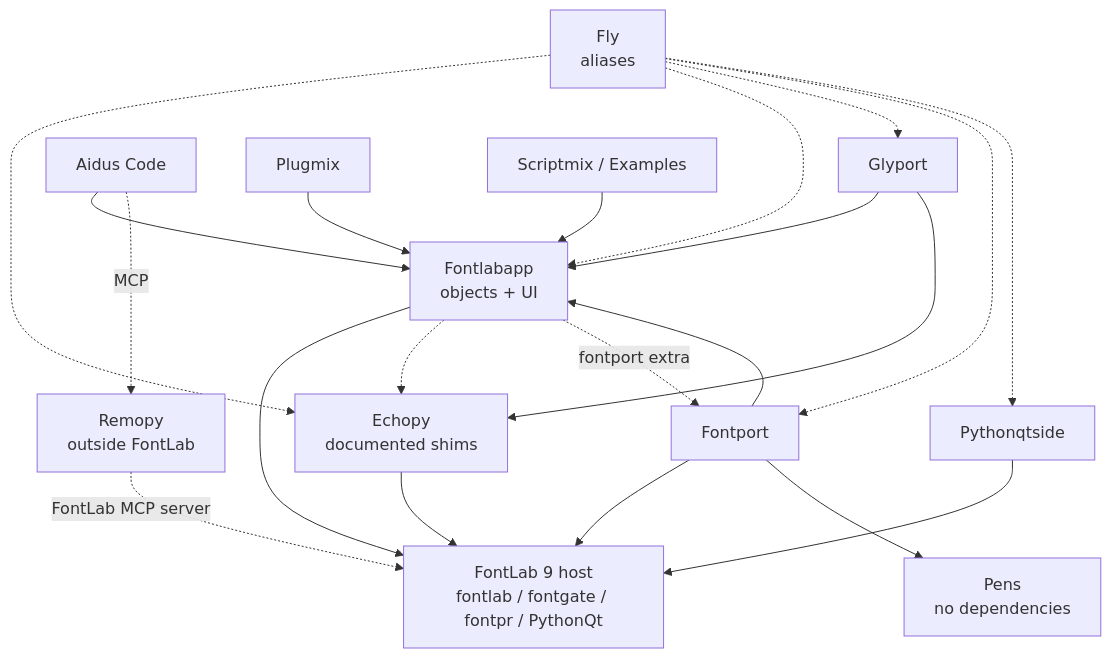
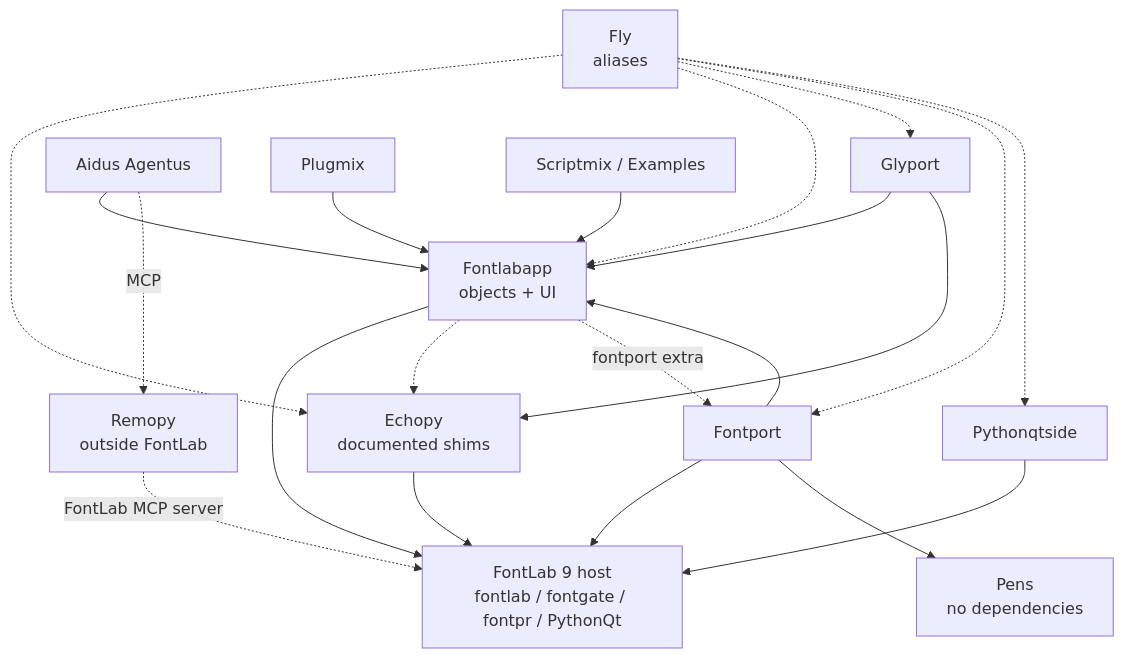
One commit to fontlabcom/fontlab-python-docs changed the diagram in src_docs/md/packages/ecosystem.md. Above: the diagram before and after it, drawn with Mermaid. The commit also changed other lines of this file and 9606 other files, not shown here.

````diff
--- a/src_docs/md/packages/ecosystem.md
+++ b/src_docs/md/packages/ecosystem.md
@@ -30,36 +30,36 @@
 ```mermaid
 flowchart TD
     host["FontLab 9 host<br/>fontlab / fontgate / fontpr / PythonQt"]
     echopy["Echopy<br/>documented shims"]
     app["Fontlabapp<br/>objects + UI"]
     qside["Pythonqtside"]
     glyport["Glyport"]
     fontport["Fontport"]
     pens["Pens<br/>no dependencies"]
     fly["Fly<br/>aliases"]
-    aidus["Aidus Code"]
+    aidus["Aidus Agentus"]
     plugmix["Plugmix"]
     scripts["Scriptmix / Examples"]
     remopy["Remopy<br/>outside FontLab"]
 
     echopy --> host
     app --> host
     qside --> host
     app -.-> echopy
     glyport --> app
     glyport --> echopy
     fontport --> host
     fontport --> app
     fontport --> pens
     app -.->|fontport extra| fontport
     plugmix --> app
     aidus --> app
     aidus -.->|MCP| remopy
     scripts --> app
     fly -.-> echopy
     fly -.-> app
     fly -.-> glyport
     fly -.-> fontport
     fly -.-> qside
     remopy -.->|FontLab MCP server| host
 ```
````
